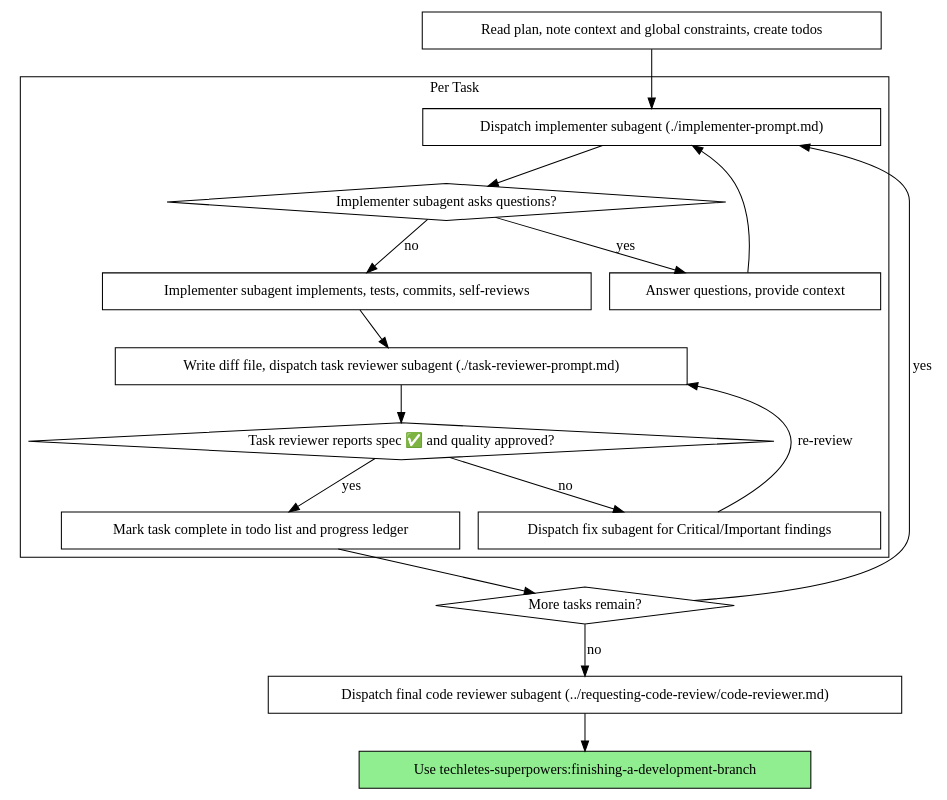
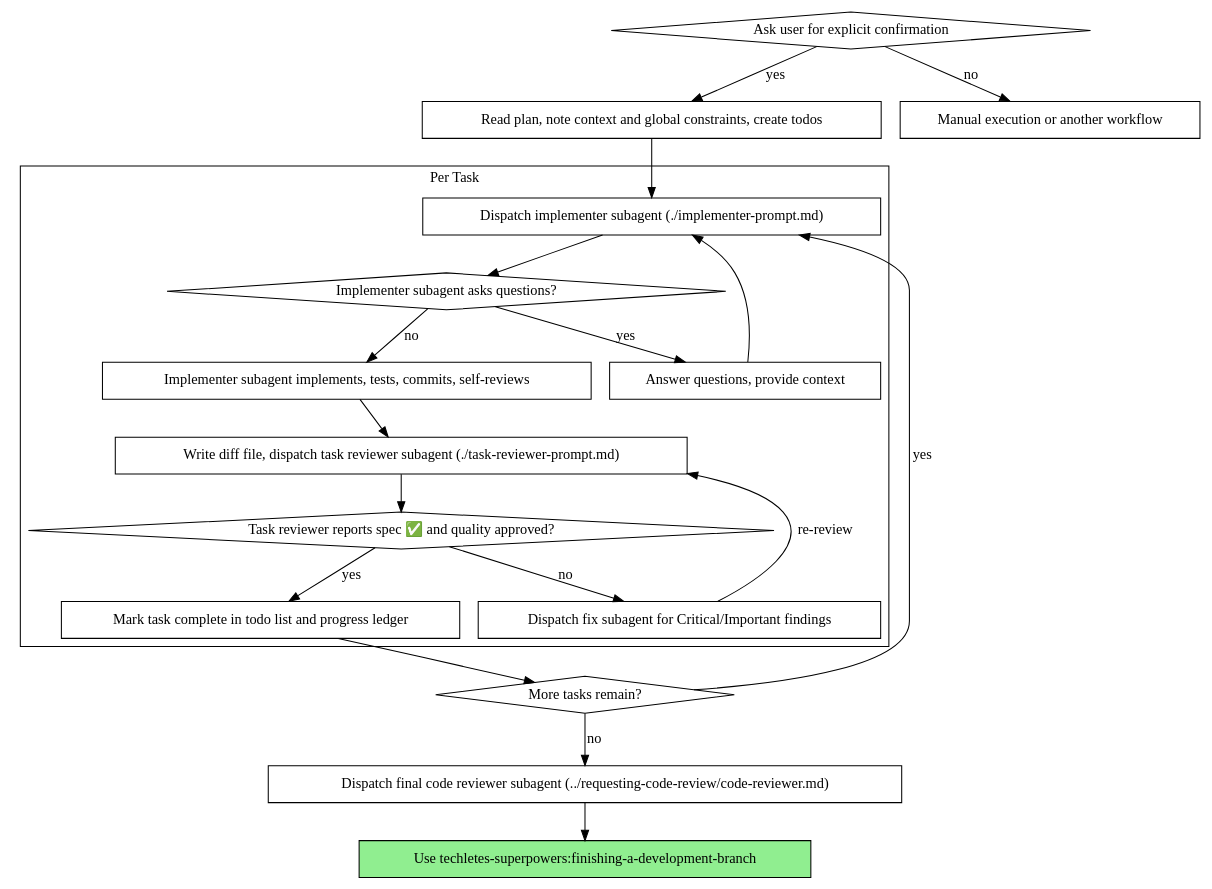
The second of 2 diagrams in plugins/techletes-superpowers/skills/subagent-driven-development/SKILL.md (TECHLETES/techletes-tooling), drawn with Graphviz before and after one commit. The commit also changed other lines of this file and 1 other file, not shown here.

Commit message:
fix: update version to 0.2.3 in plugin.json and enhance user confirmation process in SKILL.md

````diff
--- a/plugins/techletes-superpowers/skills/subagent-driven-development/SKILL.md
+++ b/plugins/techletes-superpowers/skills/subagent-driven-development/SKILL.md
@@ -47,37 +65,41 @@
 ```dot
 digraph process {
     rankdir=TB;
 
     subgraph cluster_per_task {
         label="Per Task";
         "Dispatch implementer subagent (./implementer-prompt.md)" [shape=box];
         "Implementer subagent asks questions?" [shape=diamond];
         "Answer questions, provide context" [shape=box];
         "Implementer subagent implements, tests, commits, self-reviews" [shape=box];
         "Write diff file, dispatch task reviewer subagent (./task-reviewer-prompt.md)" [shape=box];
         "Task reviewer reports spec ✅ and quality approved?" [shape=diamond];
         "Dispatch fix subagent for Critical/Important findings" [shape=box];
         "Mark task complete in todo list and progress ledger" [shape=box];
     }
 
+    "Ask user for explicit confirmation" [shape=diamond];
     "Read plan, note context and global constraints, create todos" [shape=box];
     "More tasks remain?" [shape=diamond];
     "Dispatch final code reviewer subagent (../requesting-code-review/code-reviewer.md)" [shape=box];
     "Use techletes-superpowers:finishing-a-development-branch" [shape=box style=filled fillcolor=lightgreen];
+    "Manual execution or another workflow" [shape=box];
 
+    "Ask user for explicit confirmation" -> "Read plan, note context and global constraints, create todos" [label="yes"];
+    "Ask user for explicit confirmation" -> "Manual execution or another workflow" [label="no"];
     "Read plan, note context and global constraints, create todos" -> "Dispatch implementer subagent (./implementer-prompt.md)";
     "Dispatch implementer subagent (./implementer-prompt.md)" -> "Implementer subagent asks questions?";
     "Implementer subagent asks questions?" -> "Answer questions, provide context" [label="yes"];
     "Answer questions, provide context" -> "Dispatch implementer subagent (./implementer-prompt.md)";
     "Implementer subagent asks questions?" -> "Implementer subagent implements, tests, commits, self-reviews" [label="no"];
     "Implementer subagent implements, tests, commits, self-reviews" -> "Write diff file, dispatch task reviewer subagent (./task-reviewer-prompt.md)";
     "Write diff file, dispatch task reviewer subagent (./task-reviewer-prompt.md)" -> "Task reviewer reports spec ✅ and quality approved?";
     "Task reviewer reports spec ✅ and quality approved?" -> "Dispatch fix subagent for Critical/Important findings" [label="no"];
     "Dispatch fix subagent for Critical/Important findings" -> "Write diff file, dispatch task reviewer subagent (./task-reviewer-prompt.md)" [label="re-review"];
     "Task reviewer reports spec ✅ and quality approved?" -> "Mark task complete in todo list and progress ledger" [label="yes"];
     "Mark task complete in todo list and progress ledger" -> "More tasks remain?";
     "More tasks remain?" -> "Dispatch implementer subagent (./implementer-prompt.md)" [label="yes"];
     "More tasks remain?" -> "Dispatch final code reviewer subagent (../requesting-code-review/code-reviewer.md)" [label="no"];
     "Dispatch final code reviewer subagent (../requesting-code-review/code-reviewer.md)" -> "Use techletes-superpowers:finishing-a-development-branch";
 }
 ```
````
